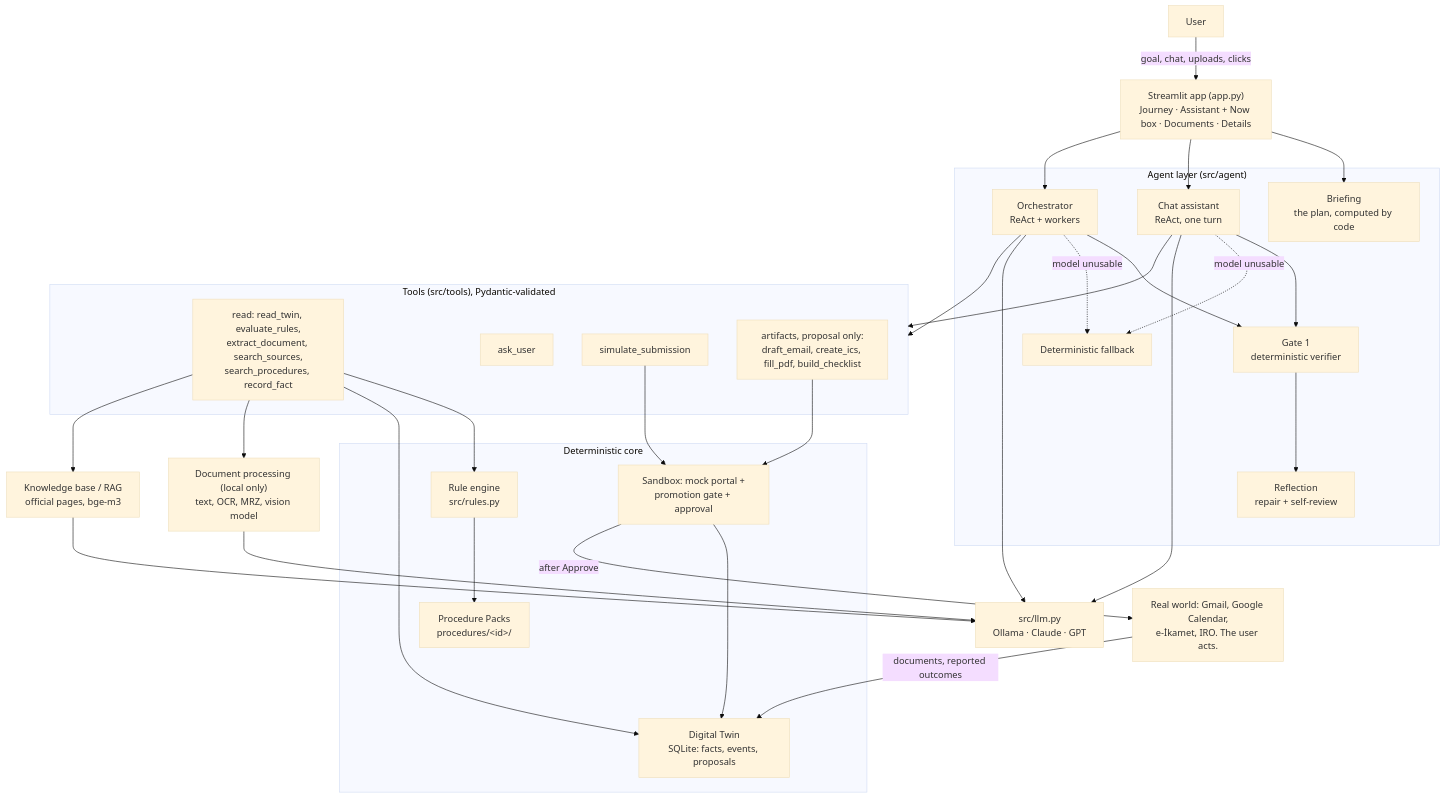
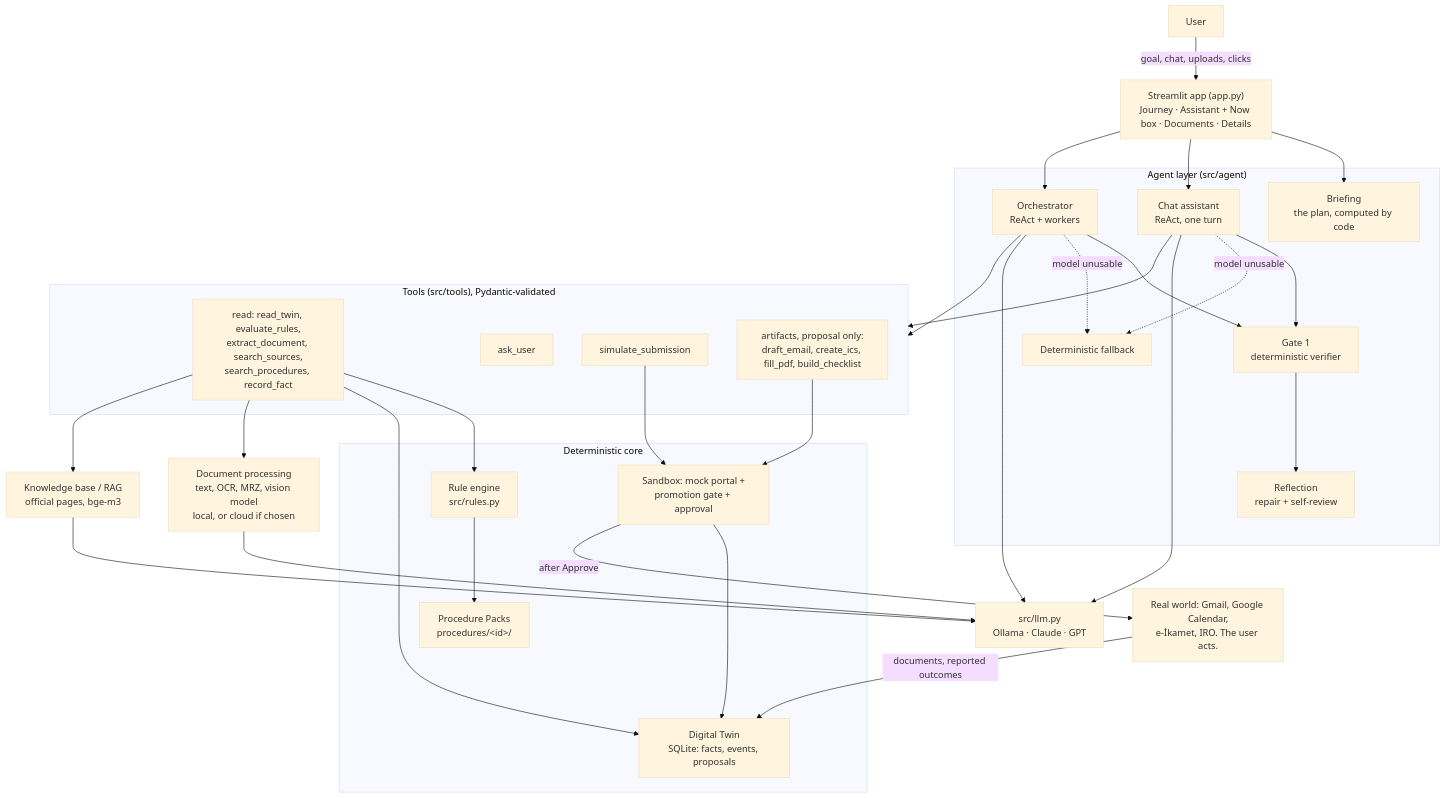
One commit to Polixide/Personal_Bureaucracy_Agent changed the first of 2 diagrams in docs/project_overview.md. Above: the diagram before and after it, drawn with Mermaid (base theme). The commit also changed other lines of this file and 17 other files, not shown here.

First line of the commit message:
feat: Implement cloud document processing with transcription and vision model integration

````diff
--- a/docs/project_overview.md
+++ b/docs/project_overview.md
@@ -87,43 +87,43 @@
 ```mermaid
 flowchart TB
     U["User"] -->|"goal, chat, uploads, clicks"| APP["Streamlit app (app.py)<br/>Journey · Assistant + Now box · Documents · Details"]
 
     subgraph AGENT["Agent layer (src/agent)"]
         BRIEF["Briefing<br/>the plan, computed by code"]
         CHAT["Chat assistant<br/>ReAct, one turn"]
         ORCH["Orchestrator<br/>ReAct + workers"]
         G1["Gate 1<br/>deterministic verifier"]
         REF["Reflection<br/>repair + self-review"]
         FB["Deterministic fallback"]
     end
 
     subgraph TOOLS["Tools (src/tools), Pydantic-validated"]
         READ["read: read_twin, evaluate_rules,<br/>extract_document, search_sources,<br/>search_procedures, record_fact"]
         ASK["ask_user"]
         SIM["simulate_submission"]
         ART["artifacts, proposal only:<br/>draft_email, create_ics, fill_pdf, build_checklist"]
     end
 
     subgraph CORE["Deterministic core"]
         PACK["Procedure Packs<br/>procedures/&lt;id&gt;/"]
         RULES["Rule engine<br/>src/rules.py"]
         TWIN["Digital Twin<br/>SQLite: facts, events, proposals"]
         SAND["Sandbox: mock portal +<br/>promotion gate + approval"]
     end
 
-    DOCS["Document processing (local only)<br/>text, OCR, MRZ, vision model"]
+    DOCS["Document processing<br/>text, OCR, MRZ, vision model<br/>local, or cloud if chosen"]
     RAG["Knowledge base / RAG<br/>official pages, bge-m3"]
     LLM["src/llm.py<br/>Ollama · Claude · GPT"]
     REAL["Real world: Gmail, Google Calendar,<br/>e-İkamet, IRO. The user acts."]
 
     APP --> BRIEF & CHAT & ORCH
     CHAT & ORCH --> TOOLS
     CHAT & ORCH --> G1 --> REF
     CHAT & ORCH -.->|"model unusable"| FB
     READ --> RULES & TWIN & DOCS & RAG
     RULES --> PACK
     ART & SIM --> SAND --> TWIN
     SAND -->|"after Approve"| REAL
     REAL -->|"documents, reported outcomes"| TWIN
     CHAT & ORCH & DOCS & RAG --> LLM
 ```
````
